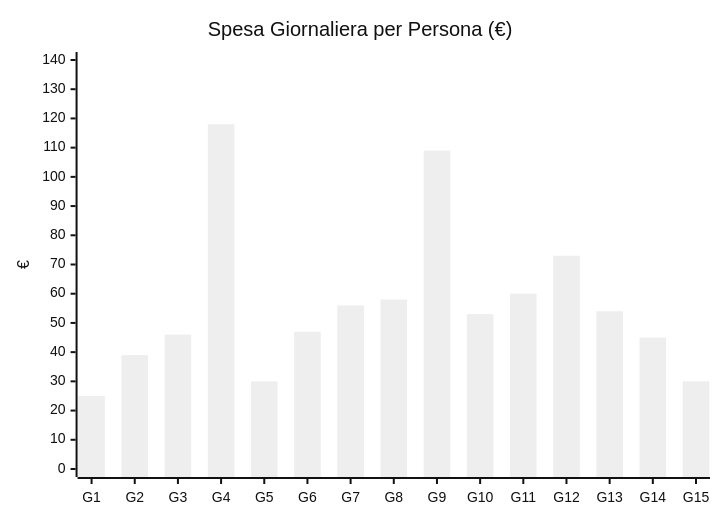
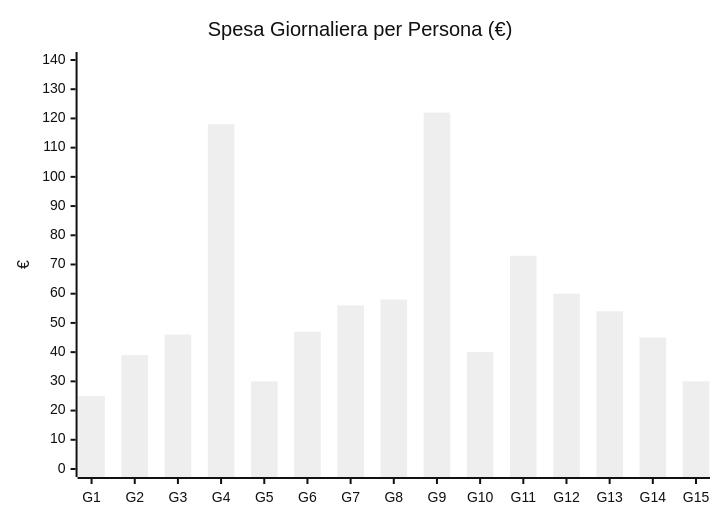
Before and after one commit to LorenzoPolito/Travel-Vault: the third of 3 diagrams in Itinerari/Japan/2026/Itinerario-Giappone-23ott-6nov2026.md, drawn with Mermaid. The commit also changed other lines of this file and 5 other files, not shown here.

````diff
--- a/Itinerari/Japan/2026/Itinerario-Giappone-23ott-6nov2026.md
+++ b/Itinerari/Japan/2026/Itinerario-Giappone-23ott-6nov2026.md
@@ -124,11 +124,11 @@
 ```mermaid
 ---
 config:
   theme: neutral
 ---
 xychart-beta
     title "Spesa Giornaliera per Persona (€)"
     x-axis ["G1","G2","G3","G4","G5","G6","G7","G8","G9","G10","G11","G12","G13","G14","G15"]
     y-axis "€" 0 --> 140
-    bar [25,39,46,118,30,47,56,58,109,53,60,73,54,45,30]
+    bar [25,39,46,118,30,47,56,58,122,40,73,60,54,45,30]
 ```
````
